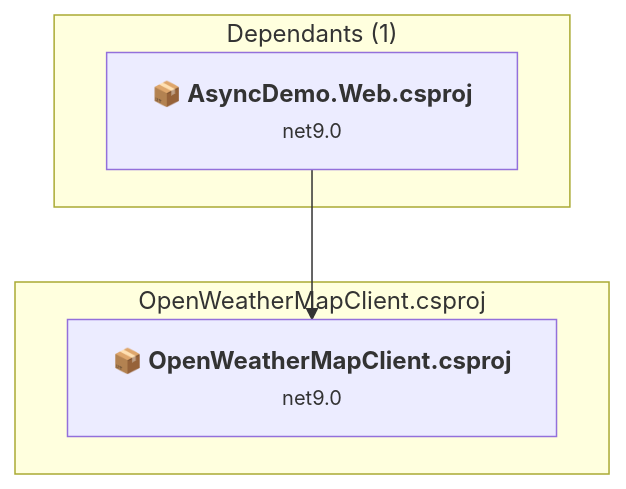
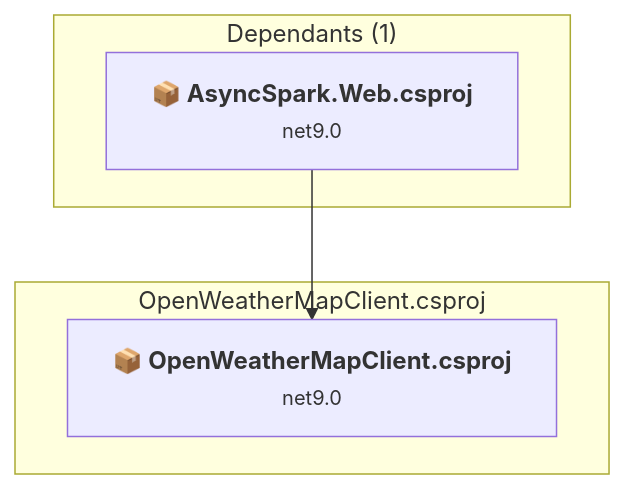
One commit to markhazleton/AsyncDemo changed the seventh of 7 diagrams in .github/upgrades/assessment.md. Above: the diagram before and after it, drawn with Mermaid. The commit also changed other lines of this file and 230 other files, not shown here.

Commit message:
Rebrand AsyncDemo to AsyncSpark

````diff
--- a/.github/upgrades/assessment.md
+++ b/.github/upgrades/assessment.md
@@ -283,13 +283,13 @@
 ```mermaid
 flowchart TB
     subgraph upstream["Dependants (1)"]
-        P6["<b>📦&nbsp;AsyncDemo.Web.csproj</b><br/><small>net9.0</small>"]
-        click P6 "#asyncdemowebasyncdemowebcsproj"
+        P6["<b>📦&nbsp;AsyncSpark.Web.csproj</b><br/><small>net9.0</small>"]
+        click P6 "#AsyncSparkwebAsyncSparkwebcsproj"
     end
     subgraph current["OpenWeatherMapClient.csproj"]
         MAIN["<b>📦&nbsp;OpenWeatherMapClient.csproj</b><br/><small>net9.0</small>"]
         click MAIN "#openweathermapclientopenweathermapclientcsproj"
     end
     P6 --> MAIN
 
 ```
````
